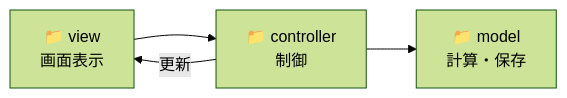
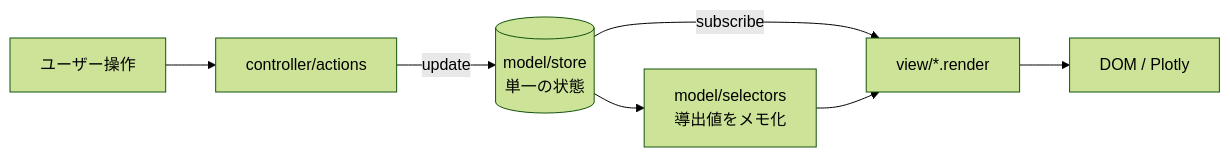
The diagram in README.md (Taka-S-dev/us-stock-fx-simulator), drawn with Mermaid (forest theme) before and after one commit. The commit also changed other lines of this file and 8 other files, not shown here.

````diff
--- a/README.md
+++ b/README.md
@@ -105,6 +78,9 @@
 ```mermaid
 graph LR
-View[📁 view<br/>画面表示] --> Controller[📁 controller<br/>制御]
-Controller --> Model[📁 model<br/>計算・保存]
-Controller -->|更新| View
+  U[ユーザー操作] --> C[controller/actions]
+  C -->|update| S[(model/store<br/>単一の状態)]
+  S -->|subscribe| R[view/*.render]
+  R --> D[DOM / Plotly]
+  S --> Sel[model/selectors<br/>導出値をメモ化]
+  Sel --> R
 ```
````
